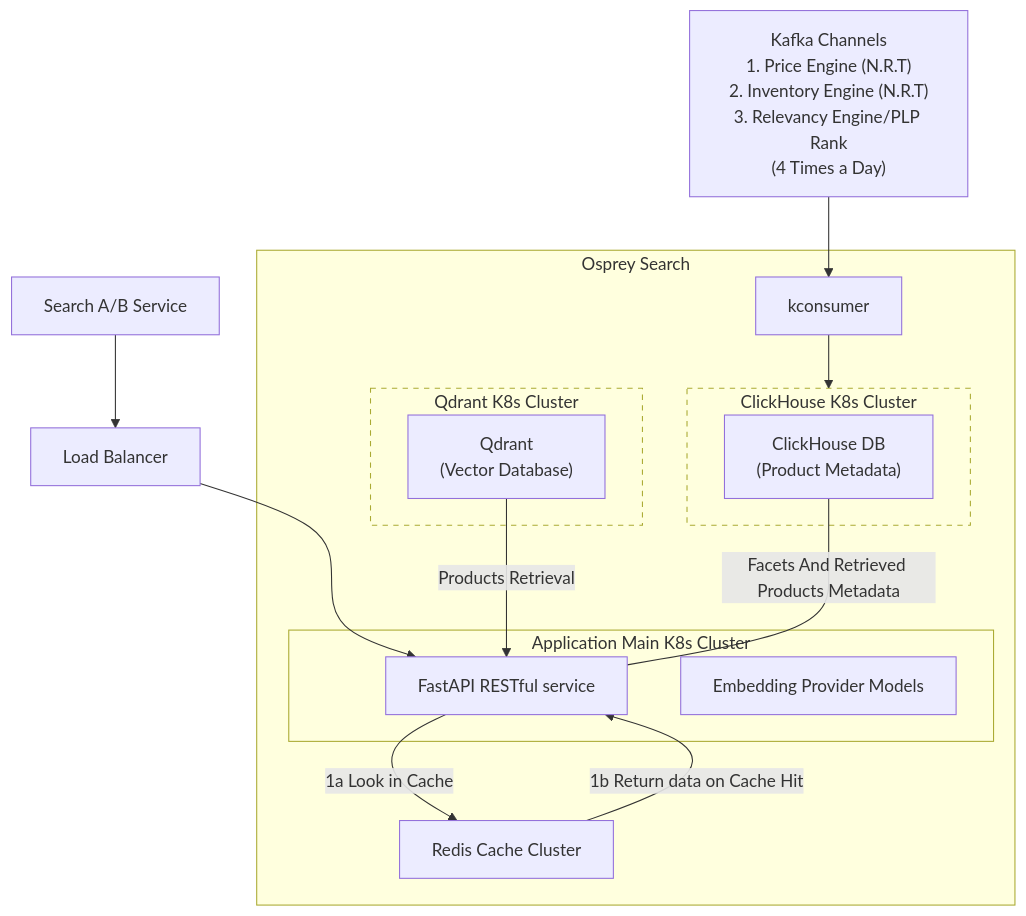
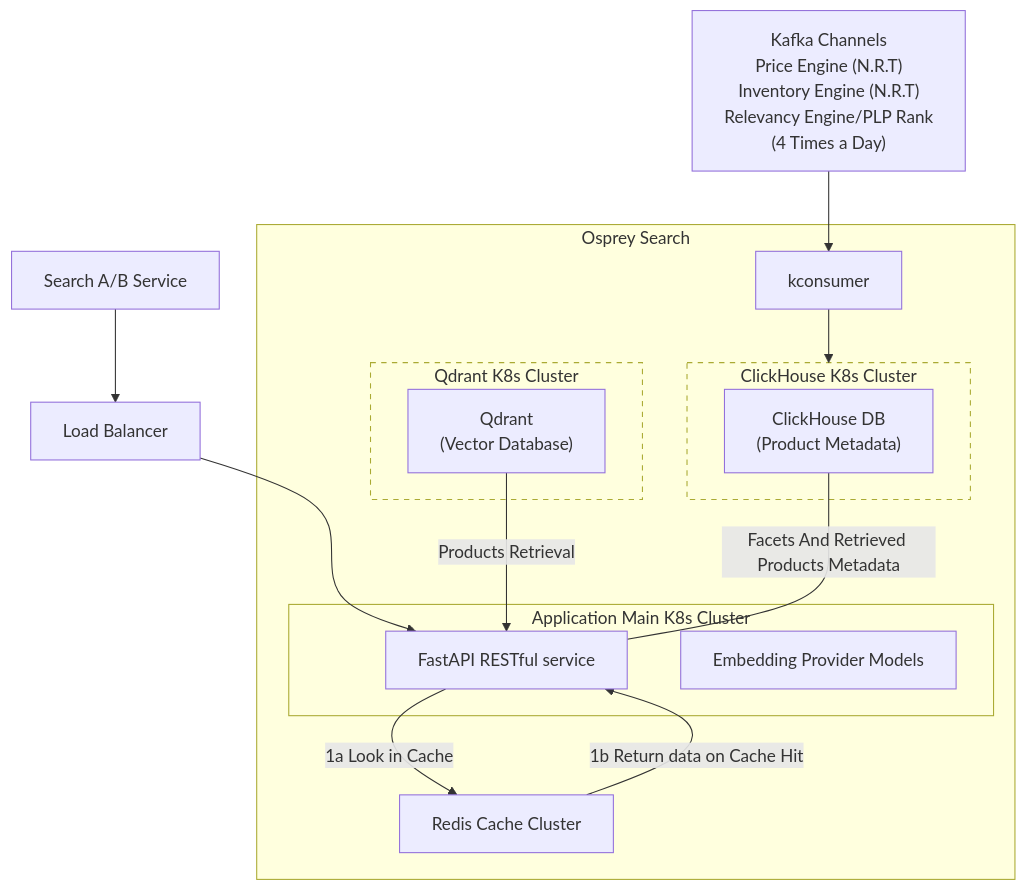
Before and after one commit to caiferris/qtact: the diagram in osprey_search_ARCHITECTURE.md, drawn with Mermaid.

Commit message:
Updated osprey doc

````diff
--- a/osprey_search_ARCHITECTURE.md
+++ b/osprey_search_ARCHITECTURE.md
@@ -44,37 +44,37 @@
 ```mermaid
 graph 
   query["Search A/B Service"]
   load_balancer["Load Balancer"]
   api_server["FastAPI RESTful service"]
   embedding_model["Embedding Provider Models"]
   redis["Redis Cache Cluster"]
   qdrant_vdb["`Qdrant
 (Vector Database)`"]
   clickhouse_cdb["`ClickHouse DB
 (Product Metadata)`"]
   external_systems["`Kafka Channels
-1. Price Engine (N.R.T)
-2. Inventory Engine (N.R.T)
-3. Relevancy Engine/PLP Rank
+Price Engine (N.R.T)
+Inventory Engine (N.R.T)
+Relevancy Engine/PLP Rank
 (4 Times a Day)`"]
   query --> load_balancer --> api_server
 subgraph parent_subgraph["Osprey Search"]
   api_server -- 1a Look in Cache --> redis
   redis -- 1b Return data on Cache Hit --> api_server
   subgraph sub_graph_group1["Application Main K8s Cluster"]
     style sub_graph_group1 stroke: 5, 5
     api_server
     embedding_model
   end
   subgraph qdrant_cluster["Qdrant K8s Cluster"]
     style qdrant_cluster stroke-dasharray: 5, 5
     qdrant_vdb -- Products Retrieval --> api_server
   end
   subgraph clickhouse_cluster["ClickHouse K8s Cluster"]
     style clickhouse_cluster stroke-dasharray: 5, 5
     clickhouse_cdb -- Facets And Retrieved Products Metadata --- api_server
   end
   kconsumer --> clickhouse_cluster
 end
 external_systems --> kconsumer
 ```
````
